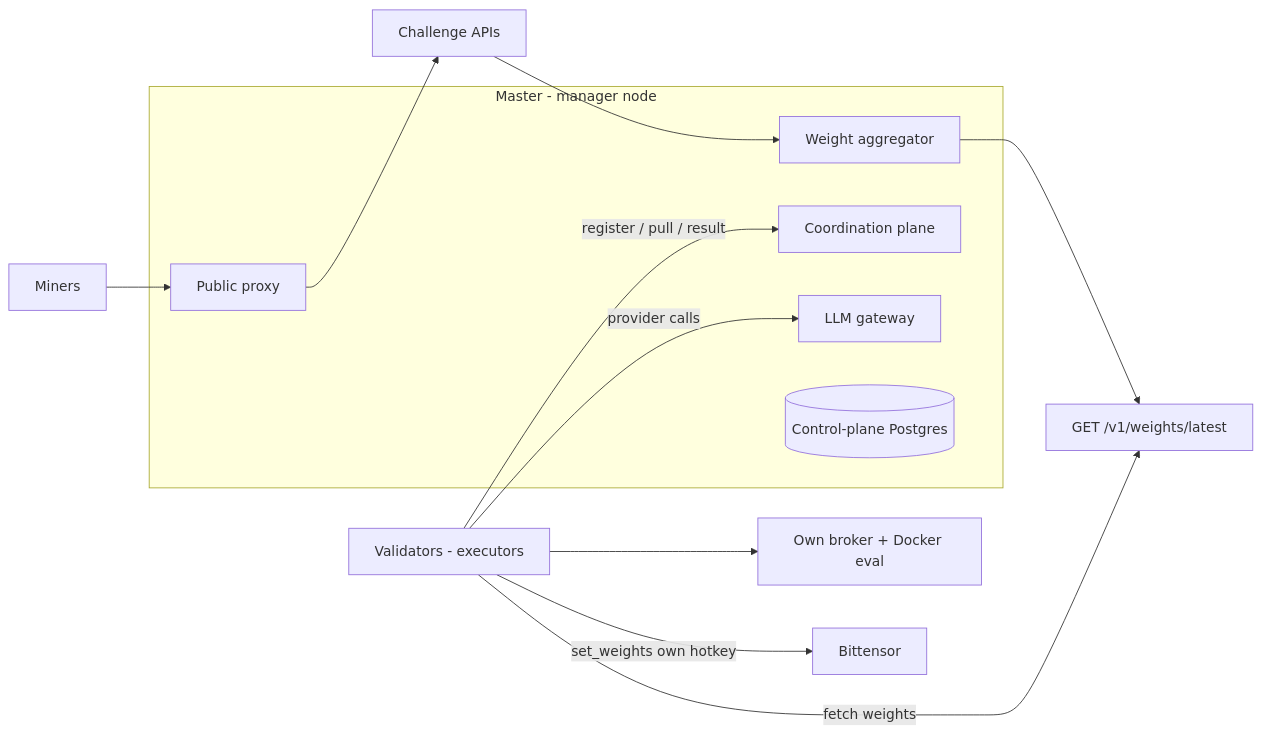
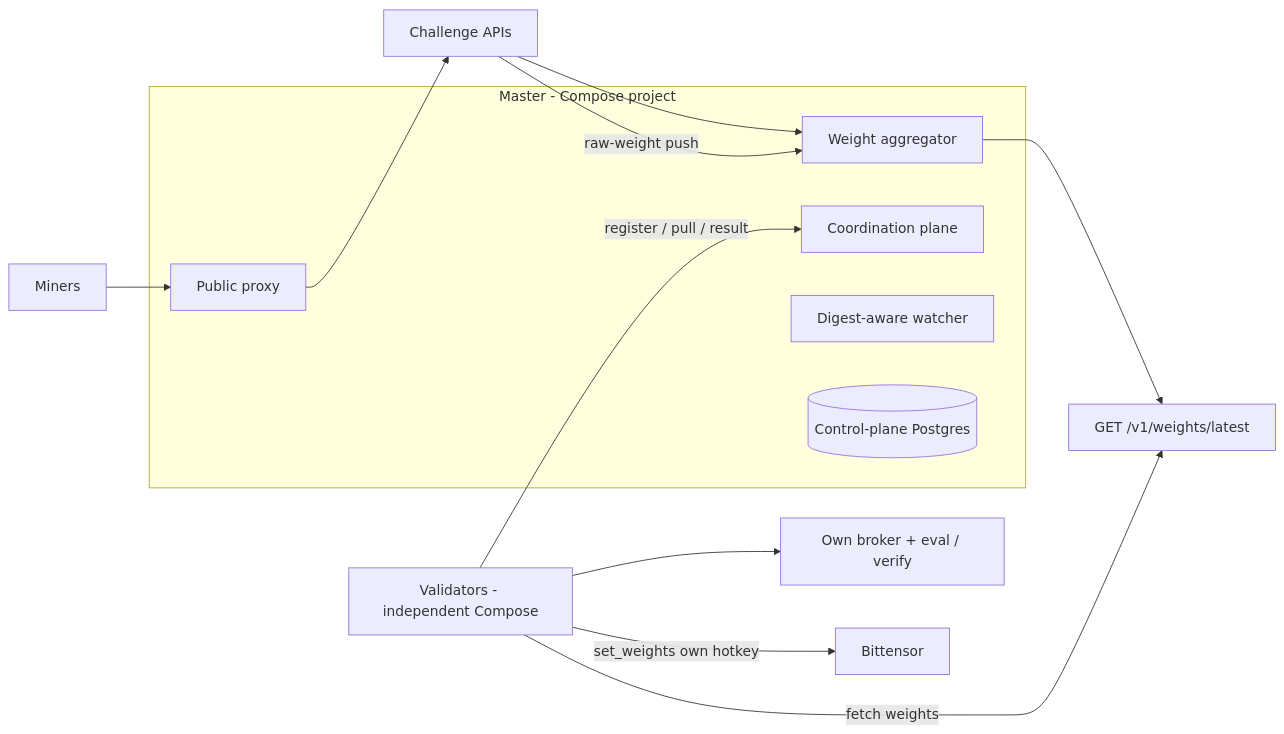
Before and after one commit to BaseIntelligence/base: the diagram in README.md, drawn with Mermaid. The commit also changed other lines of this file, not shown here.

First line of the commit message:
docs: refresh operator README for Compose-only Base v3.1.2

````diff
--- a/README.md
+++ b/README.md
@@ -43,21 +59,21 @@
 ```mermaid
 flowchart LR
     U[Miners] --> P[Public proxy]
     P --> CH[Challenge APIs]
     CH --> AG[Weight aggregator]
 
-    subgraph MASTER [Master - manager node]
+    subgraph MASTER [Master - Compose project]
         P
         CP[Coordination plane]
-        GW[LLM gateway]
         AG
+        WTC[Digest-aware watcher]
         PG[(Control-plane Postgres)]
     end
 
-    V[Validators - executors] -- register / pull / result --> CP
-    V -- provider calls --> GW
-    V --> VB[Own broker + Docker eval]
+    CH -- raw-weight push --> AG
+    V[Validators - independent Compose] -- register / pull / result --> CP
+    V --> VB[Own broker + eval / verify]
     AG --> W[GET /v1/weights/latest]
     V -- fetch weights --> W
     V -- set_weights own hotkey --> BT[Bittensor]
 ```
````
